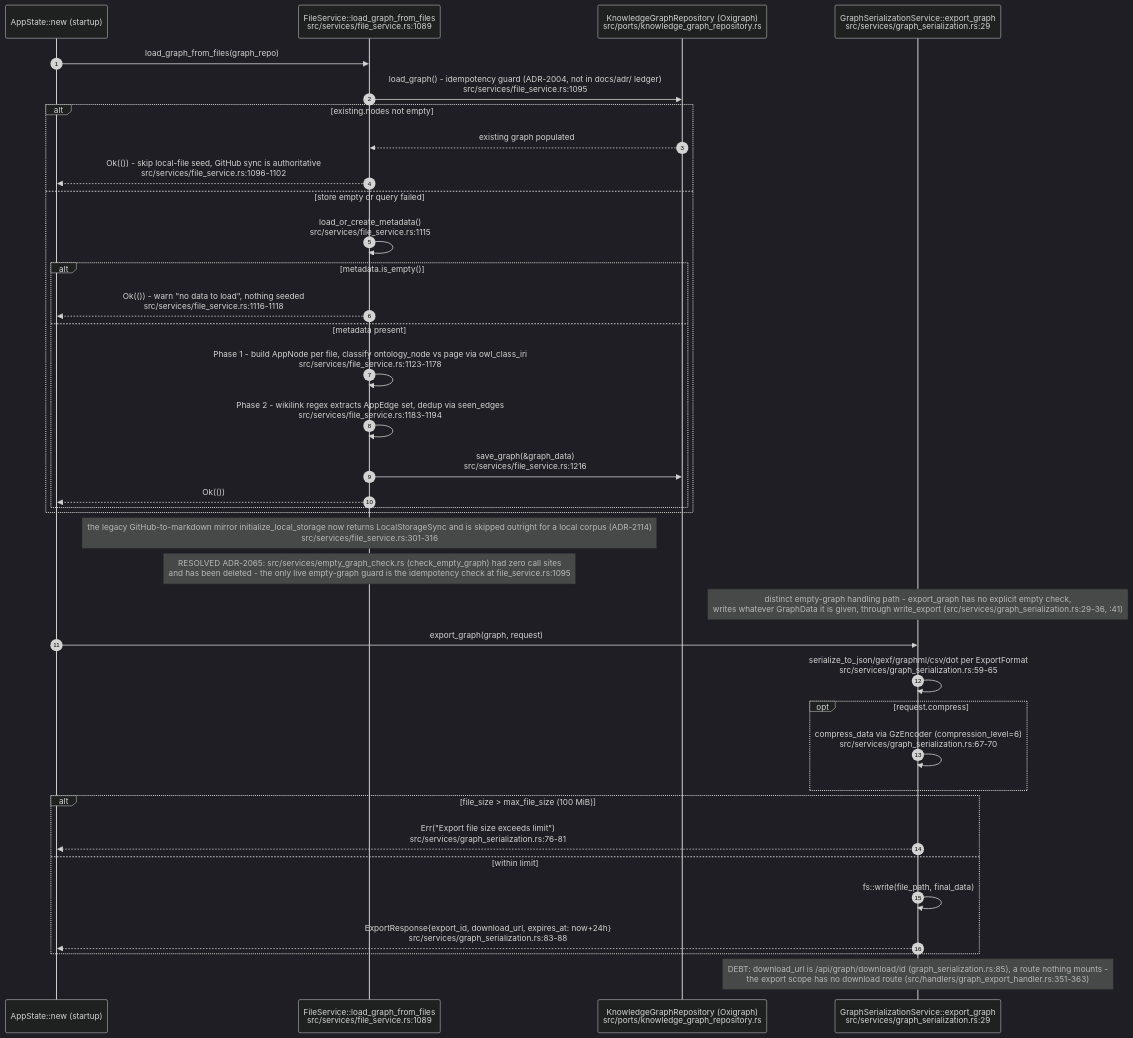
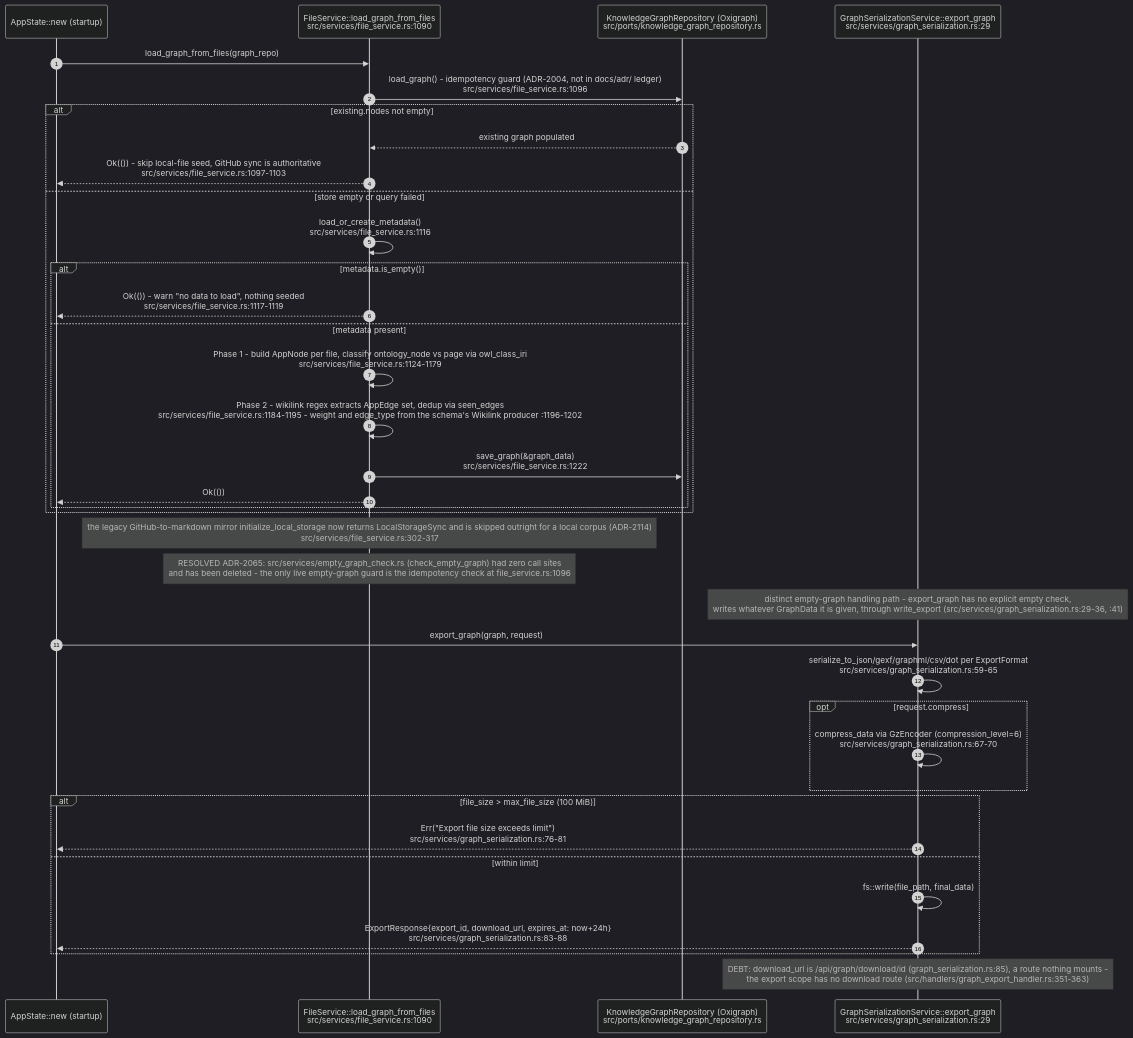
Before and after one commit to DreamLab-AI/VisionFlow: diagram 11 of 12 in docs/diagrams/visionclaw/25-insight-kpi-nlq-semantics.md, drawn with Mermaid (dark theme). The commit also changed other lines of this file and 7 other files, not shown here.

First line of the commit message:
diagrams(visionclaw): re-verify VC-25..28 and VC-30..33 at visionclaw 4900ec60b, agentbox 59b1aca1c

````diff
--- a/docs/diagrams/visionclaw/25-insight-kpi-nlq-semantics.md
+++ b/docs/diagrams/visionclaw/25-insight-kpi-nlq-semantics.md
@@ -456,42 +457,42 @@
 ```mermaid
 sequenceDiagram
     autonumber
     participant Boot as AppState::new (startup)
-    participant FS as FileService::load_graph_from_files<br/>src/services/file_service.rs:1089
+    participant FS as FileService::load_graph_from_files<br/>src/services/file_service.rs:1090
     participant Repo as KnowledgeGraphRepository (Oxigraph)<br/>src/ports/knowledge_graph_repository.rs
     participant GSS as GraphSerializationService::export_graph<br/>src/services/graph_serialization.rs:29
 
     Boot->>FS: load_graph_from_files(graph_repo)
-    FS->>Repo: load_graph() - idempotency guard (ADR-2004, not in docs/adr/ ledger)<br/>src/services/file_service.rs:1095
+    FS->>Repo: load_graph() - idempotency guard (ADR-2004, not in docs/adr/ ledger)<br/>src/services/file_service.rs:1096
     alt existing.nodes not empty
         Repo-->>FS: existing graph populated
-        FS-->>Boot: Ok(()) - skip local-file seed, GitHub sync is authoritative<br/>src/services/file_service.rs:1096-1102
+        FS-->>Boot: Ok(()) - skip local-file seed, GitHub sync is authoritative<br/>src/services/file_service.rs:1097-1103
     else store empty or query failed
-        FS->>FS: load_or_create_metadata()<br/>src/services/file_service.rs:1115
+        FS->>FS: load_or_create_metadata()<br/>src/services/file_service.rs:1116
         alt metadata.is_empty()
-            FS-->>Boot: Ok(()) - warn "no data to load", nothing seeded<br/>src/services/file_service.rs:1116-1118
+            FS-->>Boot: Ok(()) - warn "no data to load", nothing seeded<br/>src/services/file_service.rs:1117-1119
         else metadata present
-            FS->>FS: Phase 1 - build AppNode per file, classify ontology_node vs page via owl_class_iri<br/>src/services/file_service.rs:1123-1178
-            FS->>FS: Phase 2 - wikilink regex extracts AppEdge set, dedup via seen_edges<br/>src/services/file_service.rs:1183-1194
-            FS->>Repo: save_graph(&graph_data)<br/>src/services/file_service.rs:1216
+            FS->>FS: Phase 1 - build AppNode per file, classify ontology_node vs page via owl_class_iri<br/>src/services/file_service.rs:1124-1179
+            FS->>FS: Phase 2 - wikilink regex extracts AppEdge set, dedup via seen_edges<br/>src/services/file_service.rs:1184-1195 - weight and edge_type from the schema's Wikilink producer :1196-1202
+            FS->>Repo: save_graph(&graph_data)<br/>src/services/file_service.rs:1222
             FS-->>Boot: Ok(())
         end
     end
 
-    Note over FS: the legacy GitHub-to-markdown mirror initialize_local_storage now returns LocalStorageSync and is skipped outright for a local corpus (ADR-2114)<br/>src/services/file_service.rs:301-316
-    Note over FS: RESOLVED ADR-2065: src/services/empty_graph_check.rs (check_empty_graph) had zero call sites<br/>and has been deleted - the only live empty-graph guard is the idempotency check at file_service.rs:1095
+    Note over FS: the legacy GitHub-to-markdown mirror initialize_local_storage now returns LocalStorageSync and is skipped outright for a local corpus (ADR-2114)<br/>src/services/file_service.rs:302-317
+    Note over FS: RESOLVED ADR-2065: src/services/empty_graph_check.rs (check_empty_graph) had zero call sites<br/>and has been deleted - the only live empty-graph guard is the idempotency check at file_service.rs:1096
 
     Note over GSS: distinct empty-graph handling path - export_graph has no explicit empty check,<br/>writes whatever GraphData it is given, through write_export (src/services/graph_serialization.rs:29-36, :41)
     Boot->>GSS: export_graph(graph, request)
     GSS->>GSS: serialize_to_json/gexf/graphml/csv/dot per ExportFormat<br/>src/services/graph_serialization.rs:59-65
     opt request.compress
         GSS->>GSS: compress_data via GzEncoder (compression_level=6)<br/>src/services/graph_serialization.rs:67-70
     end
     alt file_size > max_file_size (100 MiB)
         GSS-->>Boot: Err("Export file size exceeds limit")<br/>src/services/graph_serialization.rs:76-81
     else within limit
         GSS->>GSS: fs::write(file_path, final_data)
         GSS-->>Boot: ExportResponse{export_id, download_url, expires_at: now+24h}<br/>src/services/graph_serialization.rs:83-88
     end
     Note over GSS: DEBT: download_url is /api/graph/download/id (graph_serialization.rs:85), a route nothing mounts -<br/>the export scope has no download route (src/handlers/graph_export_handler.rs:351-363)
 ```
````
